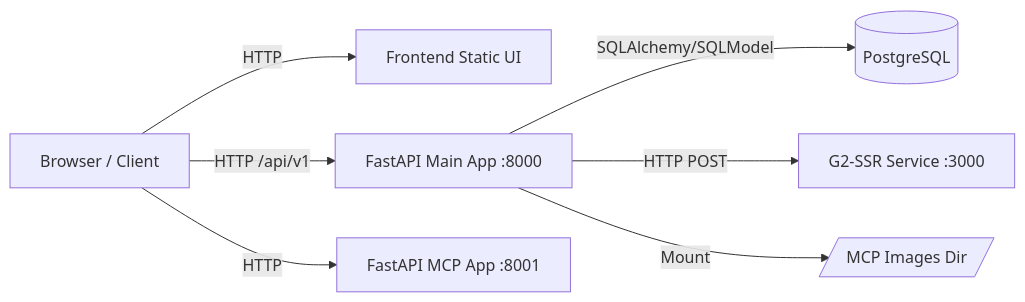
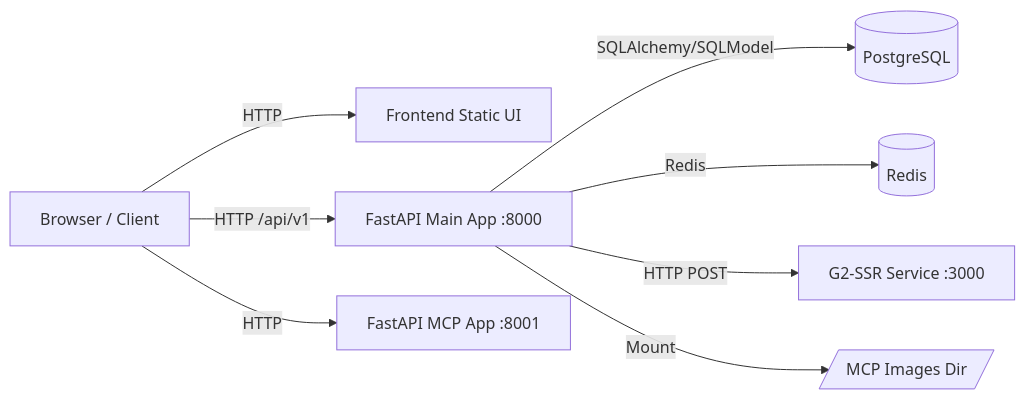
Before and after one commit to Gujiaweiguo/mysqlbot: the first of 2 diagrams in docs/system-architecture.md, drawn with Mermaid. The commit also changed other lines of this file and 2 other files, not shown here.

````diff
--- a/docs/system-architecture.md
+++ b/docs/system-architecture.md
@@ -19,10 +33,11 @@
 ```mermaid
 flowchart LR
     U[Browser / Client] -->|HTTP| FE[Frontend Static UI]
     U -->|HTTP /api/v1| BE[FastAPI Main App :8000]
     U -->|HTTP| MCP[FastAPI MCP App :8001]
 
     BE -->|SQLAlchemy/SQLModel| PG[(PostgreSQL)]
+    BE -->|Redis| RD[(Redis)]
     BE -->|HTTP POST| SSR[G2-SSR Service :3000]
     BE -->|Mount| IMG[/MCP Images Dir/]
 ```
````
